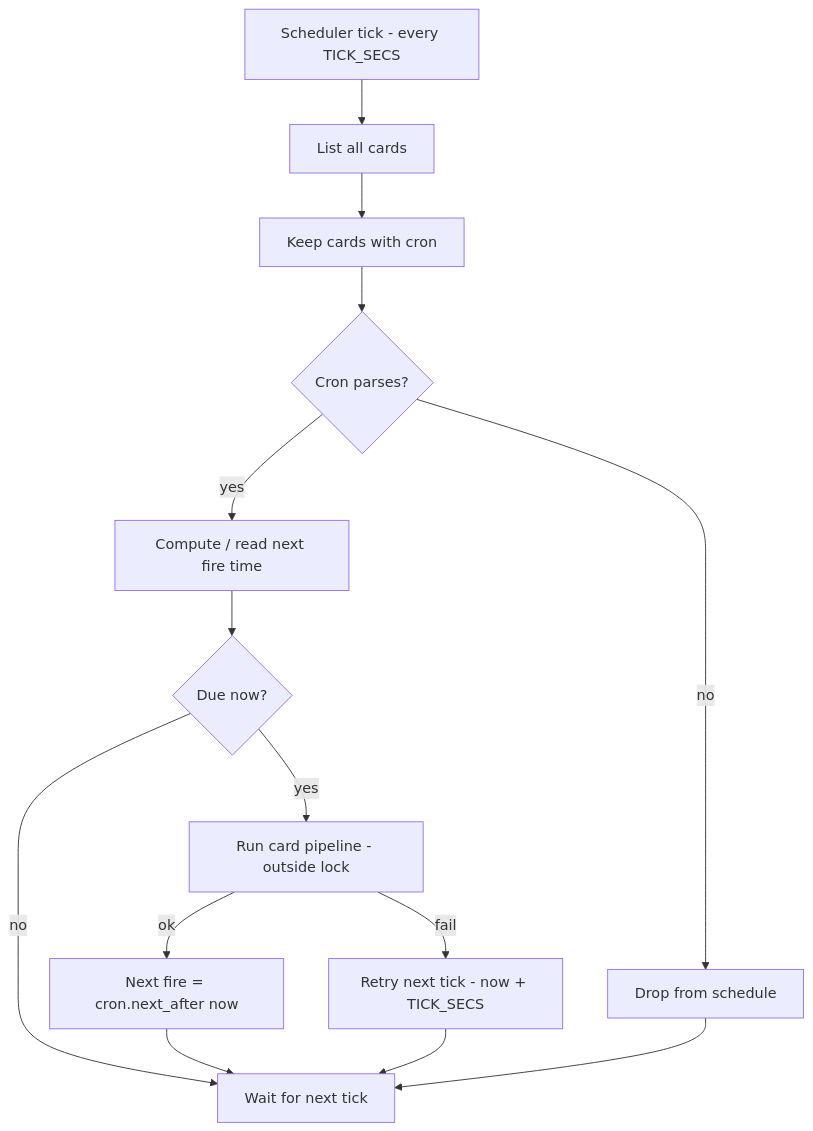
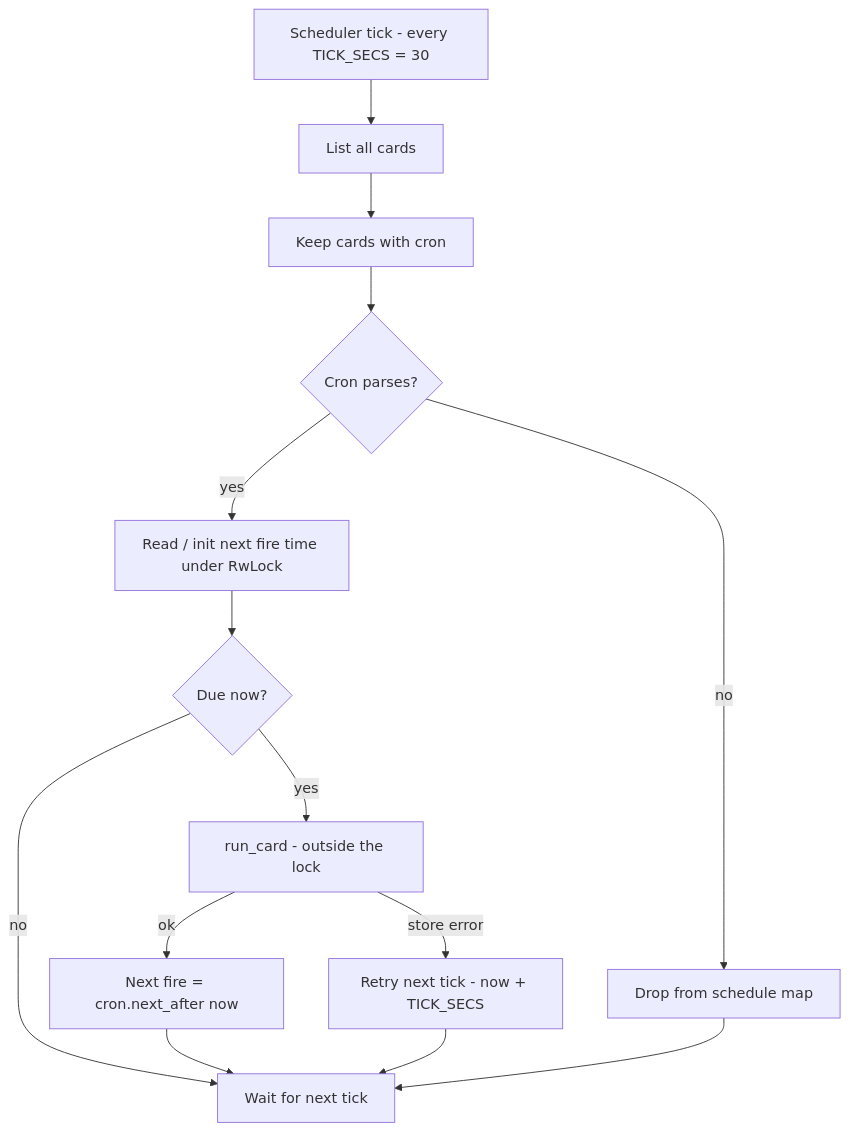
Before and after one commit to lidm0707/susutaku: the third of 3 diagrams in docs/agent-web.md, drawn with Mermaid. The commit also changed other lines of this file and 11 other files, not shown here.

````diff
--- a/docs/agent-web.md
+++ b/docs/agent-web.md
@@ -105,16 +142,16 @@
 ```mermaid
 graph TD
-    A[Scheduler tick - every TICK_SECS] --> B[List all cards]
+    A[Scheduler tick - every TICK_SECS = 30] --> B[List all cards]
     B --> C[Keep cards with cron]
     C --> D{Cron parses?}
-    D -->|no| E[Drop from schedule]
-    D -->|yes| F[Compute / read next fire time]
+    D -->|no| E[Drop from schedule map]
+    D -->|yes| F[Read / init next fire time under RwLock]
     F --> G{Due now?}
     G -->|no| H[Wait for next tick]
-    G -->|yes| I[Run card pipeline - outside lock]
+    G -->|yes| I[run_card - outside the lock]
     I -->|ok| J[Next fire = cron.next_after now]
-    I -->|fail| K[Retry next tick - now + TICK_SECS]
+    I -->|store error| K[Retry next tick - now + TICK_SECS]
     J --> H
     K --> H
     E --> H
 ```
````
